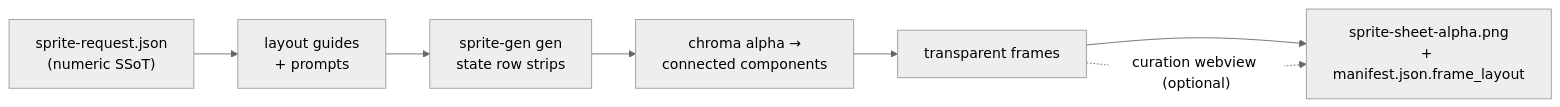
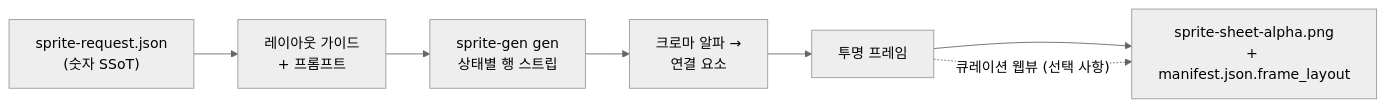
One commit to aldegad/sprite-gen changed the diagram in README.ko.md. Above: the diagram before and after it, drawn with Mermaid (neutral theme). The commit also changed other lines of this file and 14 other files, not shown here.

````diff
--- a/README.ko.md
+++ b/README.ko.md
@@ -25,9 +25,9 @@
 ```mermaid
 flowchart LR
-    REQ["sprite-request.json<br/>(numeric SSoT)"] --> GUIDES["layout guides<br/>+ prompts"]
-    GUIDES --> GEN["sprite-gen gen<br/>state row strips"]
-    GEN --> EXTRACT["chroma alpha →<br/>connected components"]
-    EXTRACT --> FRAMES["transparent frames"]
+    REQ["sprite-request.json<br/>(숫자 SSoT)"] --> GUIDES["레이아웃 가이드<br/>+ 프롬프트"]
+    GUIDES --> GEN["sprite-gen gen<br/>상태별 행 스트립"]
+    GEN --> EXTRACT["크로마 알파 →<br/>연결 요소"]
+    EXTRACT --> FRAMES["투명 프레임"]
     FRAMES --> ATLAS["sprite-sheet-alpha.png<br/>+ manifest.json.frame_layout"]
-    FRAMES -. "curation webview (optional)" .-> ATLAS
+    FRAMES -. "큐레이션 웹뷰 (선택 사항)" .-> ATLAS
 ```
````
